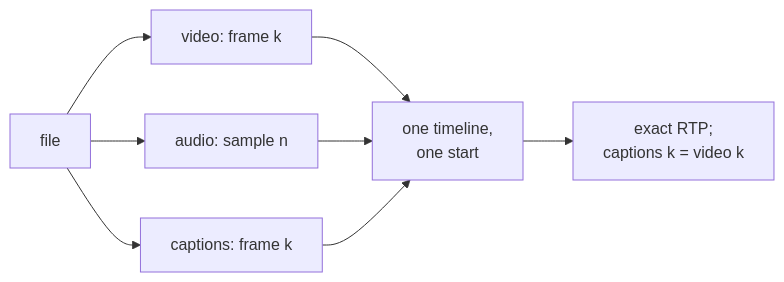
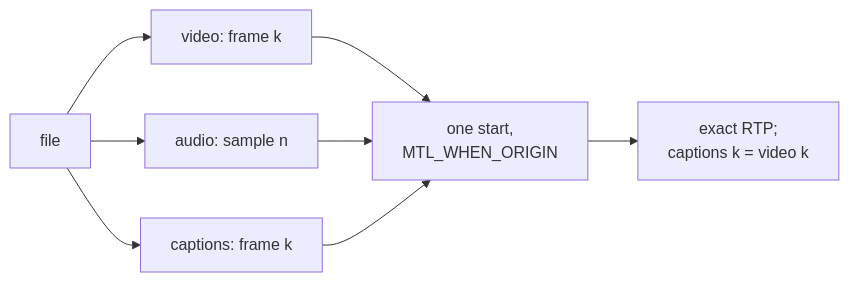
Before and after one commit to Sakoram/Media-Transport-Library: the third of 6 diagrams in doc/unified-api/presentation/slides.md, drawn with Mermaid. The commit also changed other lines of this file and 56 other files, not shown here.

````diff
--- a/doc/unified-api/presentation/slides.md
+++ b/doc/unified-api/presentation/slides.md
@@ -158,10 +194,10 @@
 ```mermaid
 flowchart LR
     F["file"] --> V["video: frame k"]
     F --> A["audio: sample n"]
     F --> C["captions: frame k"]
-    V --> T["one timeline,<br/>one start"]
+    V --> T["one start,<br/>MTL_WHEN_ORIGIN"]
     A --> T
     C --> T
     T --> W["exact RTP;<br/>captions k = video k"]
 ```
````
